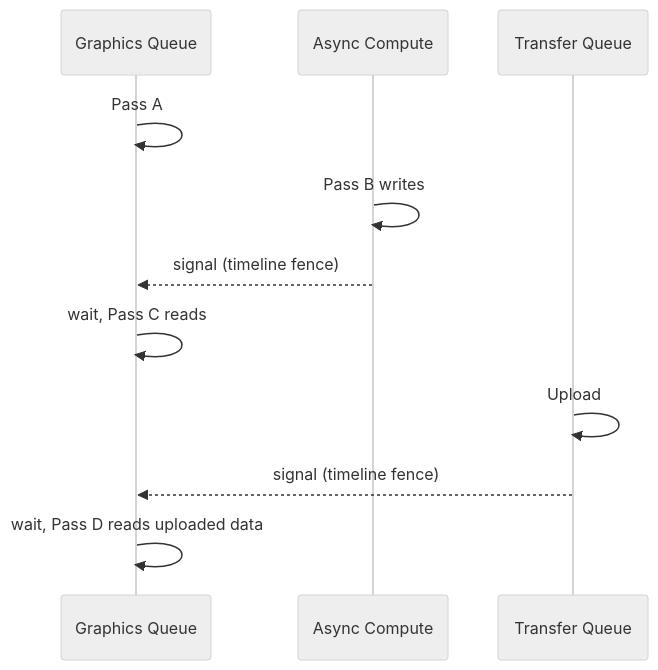
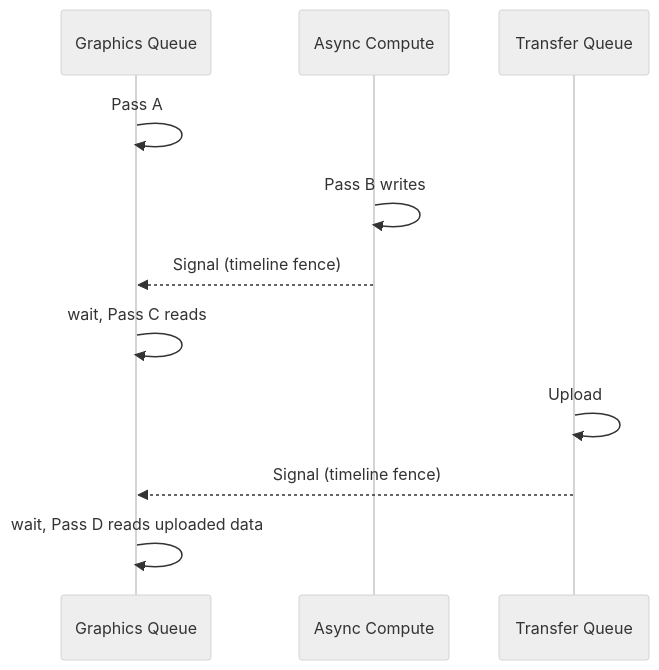
Before and after one commit to harmonius-dev/harmonius: the fourth of 10 diagrams in docs/architecture.md, drawn with Mermaid (neutral theme). The commit also changed other lines of this file and 67 other files, not shown here.

````diff
--- a/docs/architecture.md
+++ b/docs/architecture.md
@@ -254,15 +254,15 @@
 ```mermaid
 sequenceDiagram
     participant GFX as Graphics Queue
     participant AC as Async Compute
     participant TX as Transfer Queue
 
     GFX->>GFX: Pass A
     AC->>AC: Pass B writes
-    AC-->>GFX: signal (timeline fence)
+    AC-->>GFX: Signal (timeline fence)
     GFX->>GFX: wait, Pass C reads
 
     TX->>TX: Upload
-    TX-->>GFX: signal (timeline fence)
+    TX-->>GFX: Signal (timeline fence)
     GFX->>GFX: wait, Pass D reads uploaded data
 ```
````
